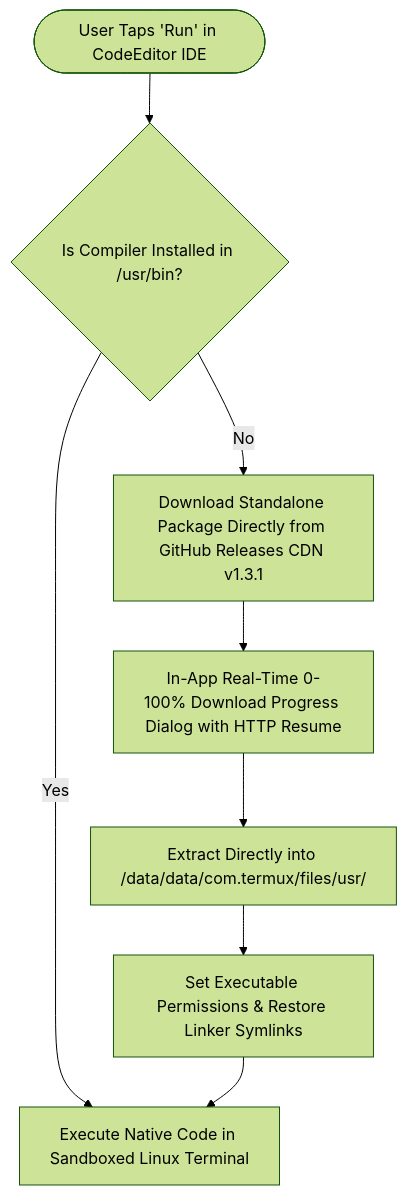
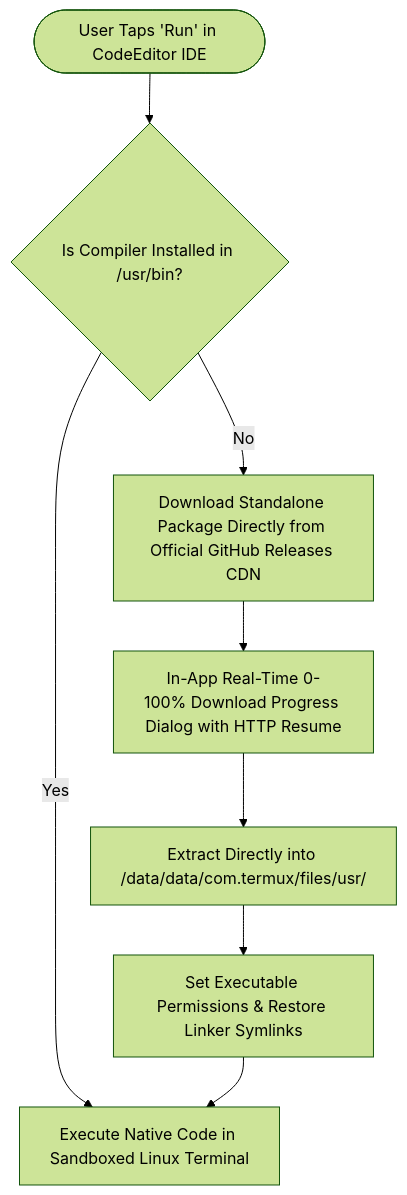
Before and after one commit to raj40870-pixel/library: the diagram in README.md, drawn with Mermaid (forest theme). The commit also changed other lines of this file, not shown here.

Commit message:
docs: standardize Official CDN badges and remove outdated v1.3.1 labels

````diff
--- a/README.md
+++ b/README.md
@@ -30,10 +30,10 @@
 ```mermaid
 flowchart TD
     User([User Taps 'Run' in CodeEditor IDE]) --> CheckBin{Is Compiler Installed in /usr/bin?}
     CheckBin -- Yes --> RunCode[Execute Native Code in Sandboxed Linux Terminal]
-    CheckBin -- No --> CDNFetch[Download Standalone Package Directly from GitHub Releases CDN v1.3.1]
+    CheckBin -- No --> CDNFetch[Download Standalone Package Directly from Official GitHub Releases CDN]
     CDNFetch --> Progress[In-App Real-Time 0-100% Download Progress Dialog with HTTP Resume]
     Progress --> Extract[Extract Directly into /data/data/com.termux/files/usr/]
     Extract --> Perms[Set Executable Permissions & Restore Linker Symlinks]
     Perms --> RunCode
 ```
````
